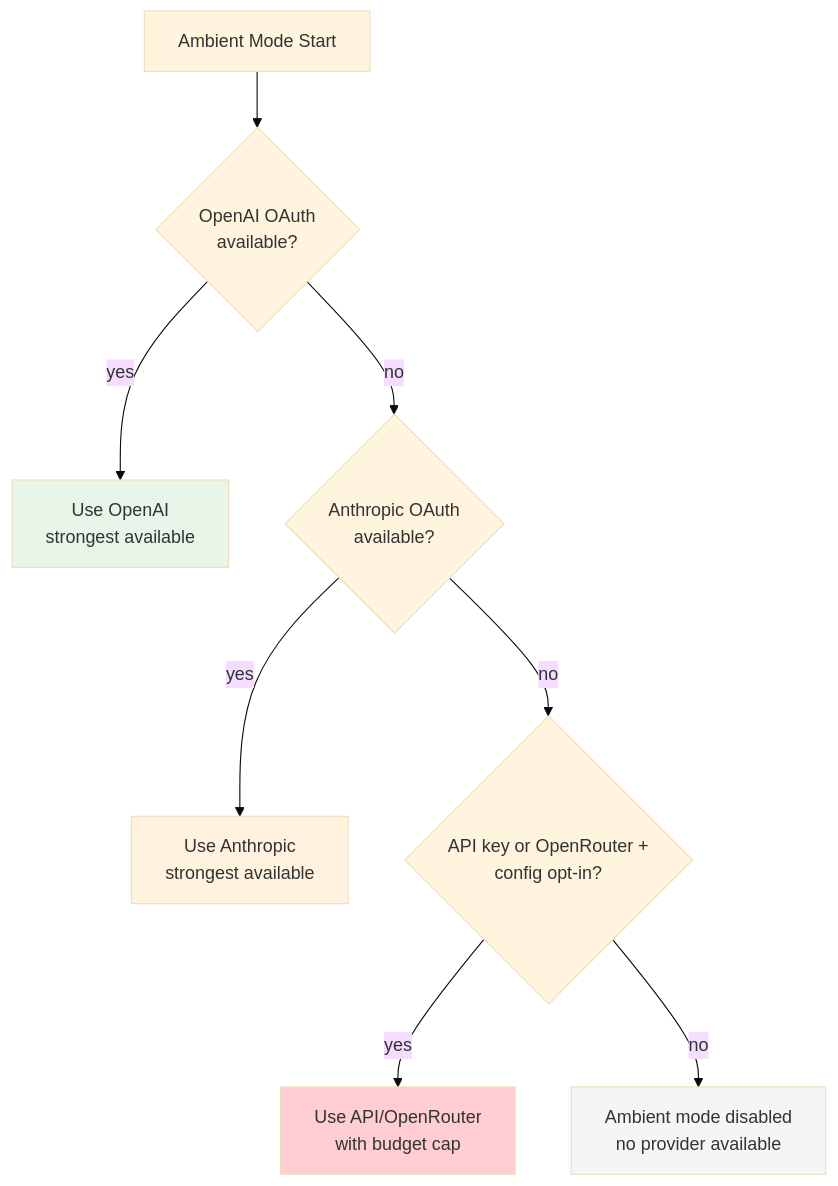
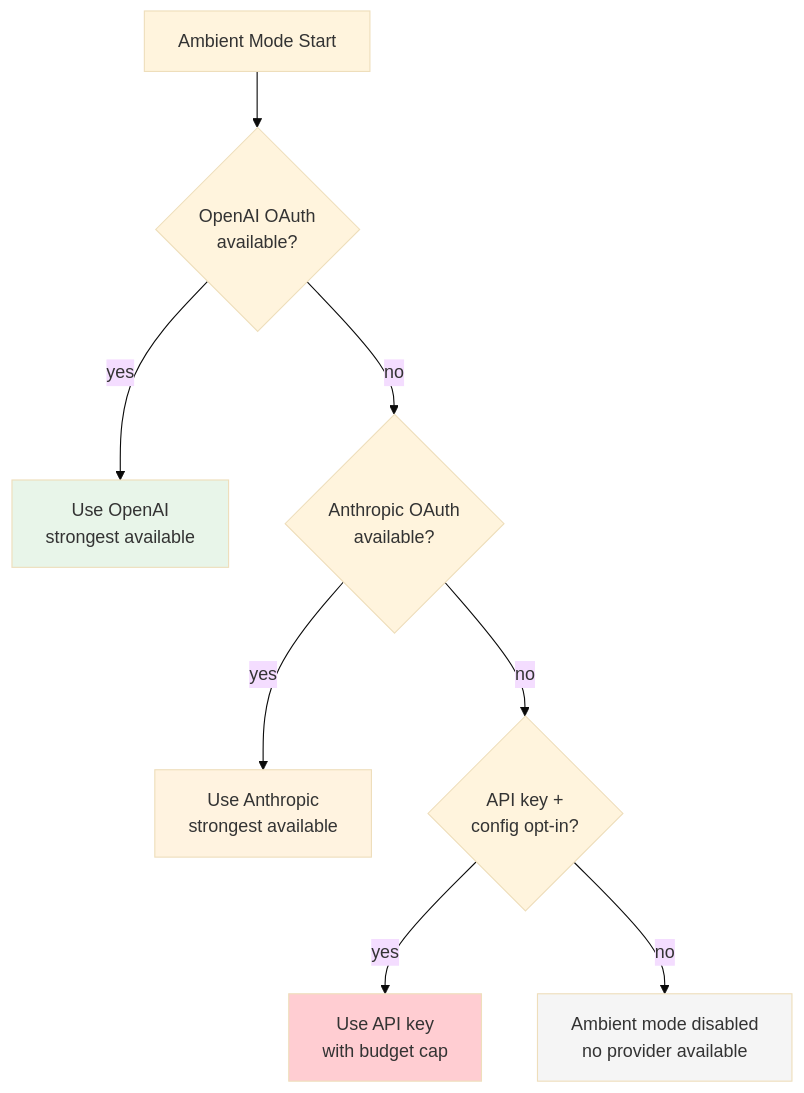
The sixth of 8 diagrams in docs/AMBIENT_MODE.md (indrajeetadityaroy9/jcode), drawn with Mermaid (base theme) before and after one commit. The commit also changed 236 other files, not shown here.

````diff
--- a/docs/AMBIENT_MODE.md
+++ b/docs/AMBIENT_MODE.md
@@ -771,15 +771,15 @@
 ```mermaid
 graph TD
     START[Ambient Mode Start] --> CHECK1{OpenAI OAuth<br/>available?}
     CHECK1 -->|yes| OAI[Use OpenAI<br/>strongest available]
     CHECK1 -->|no| CHECK2{Anthropic OAuth<br/>available?}
     CHECK2 -->|yes| ANT[Use Anthropic<br/>strongest available]
-    CHECK2 -->|no| CHECK3{API key or OpenRouter +<br/>config opt-in?}
-    CHECK3 -->|yes| API[Use API/OpenRouter<br/>with budget cap]
+    CHECK2 -->|no| CHECK3{API key +<br/>config opt-in?}
+    CHECK3 -->|yes| API[Use API key<br/>with budget cap]
     CHECK3 -->|no| DISABLED[Ambient mode disabled<br/>no provider available]
 
     style OAI fill:#e8f5e9
     style ANT fill:#fff3e0
     style API fill:#ffcdd2
     style DISABLED fill:#f5f5f5
 ```
````
